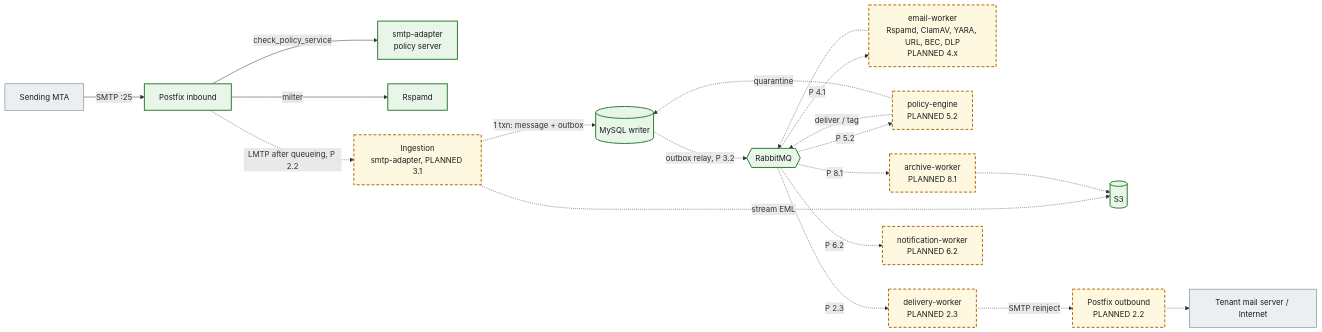
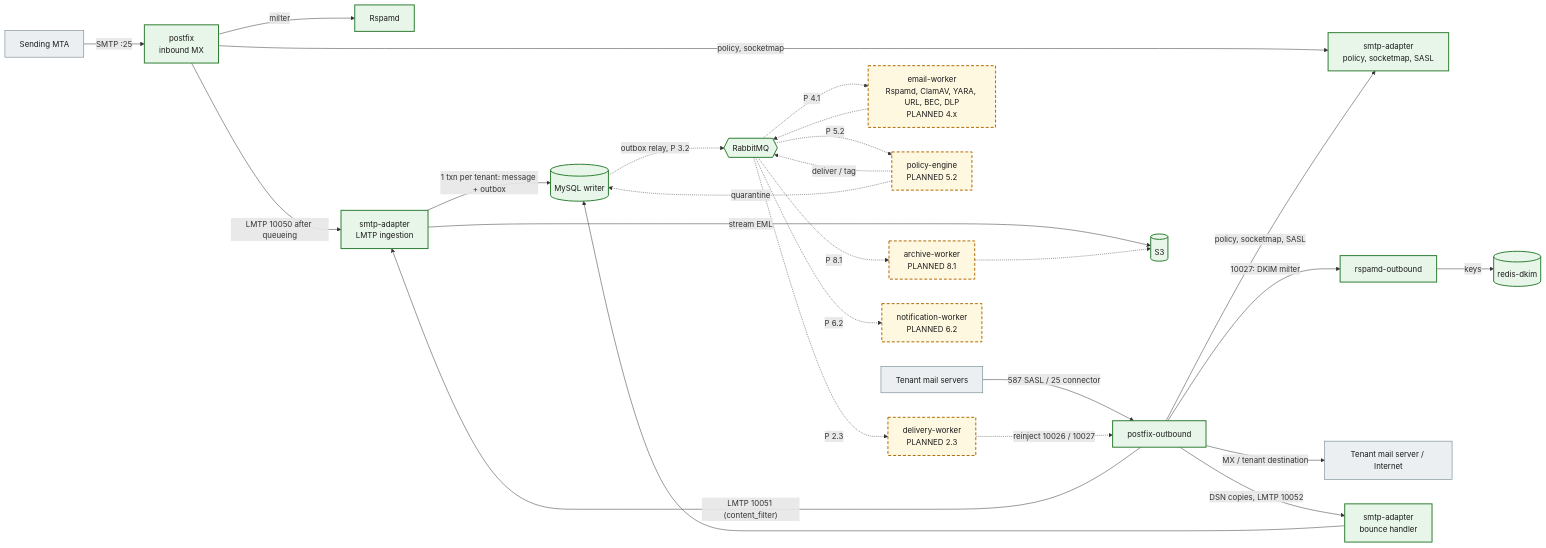
One commit to mnnitsarvesh-ai/email-gateway changed the diagram in docs/architecture/overview.md. Above: the diagram before and after it, drawn with Mermaid. The commit also changed other lines of this file and 282 other files, not shown here.

````diff
--- a/docs/architecture/overview.md
+++ b/docs/architecture/overview.md
@@ -73,25 +73,32 @@
 ```mermaid
 flowchart LR
   classDef impl fill:#e8f5e9,stroke:#2e7d32,stroke-width:2px,color:#1b1b1b
   classDef planned fill:#fff8e1,stroke:#b26a00,stroke-width:2px,stroke-dasharray:6 4,color:#1b1b1b
   classDef ext fill:#eceff1,stroke:#546e7a,stroke-width:1px,color:#1b1b1b
 
-  S["Sending MTA"]:::ext -->|"SMTP :25"| PF["Postfix inbound"]:::impl
-  PF -->|"check_policy_service"| SA["smtp-adapter<br/>policy server"]:::impl
+  S["Sending MTA"]:::ext -->|"SMTP :25"| PF["postfix<br/>inbound MX"]:::impl
+  TS["Tenant mail servers"]:::ext -->|"587 SASL / 25 connector"| PO["postfix-outbound"]:::impl
+  PF -->|"policy, socketmap"| SA["smtp-adapter<br/>policy, socketmap, SASL"]:::impl
+  PO -->|"policy, socketmap, SASL"| SA
   PF -->|"milter"| RS["Rspamd"]:::impl
-  PF -.->|"LMTP after queueing, P 2.2"| ING["Ingestion<br/>smtp-adapter, PLANNED 3.1"]:::planned
-  ING -.->|"stream EML"| S3[("S3")]:::impl
-  ING -.->|"1 txn: message + outbox"| DB[("MySQL writer")]:::impl
+  PF -->|"LMTP 10050 after queueing"| ING["smtp-adapter<br/>LMTP ingestion"]:::impl
+  PO -->|"LMTP 10051 (content_filter)"| ING
+  ING -->|"stream EML"| S3[("S3")]:::impl
+  ING -->|"1 txn per tenant: message + outbox"| DB[("MySQL writer")]:::impl
   DB -.->|"outbox relay, P 3.2"| MQ{{"RabbitMQ"}}:::impl
   MQ -.->|"P 4.1"| EW["email-worker<br/>Rspamd, ClamAV, YARA, URL, BEC, DLP<br/>PLANNED 4.x"]:::planned
   EW -.-> MQ
   MQ -.->|"P 5.2"| PE["policy-engine<br/>PLANNED 5.2"]:::planned
   PE -.->|"deliver / tag"| MQ
   PE -.->|"quarantine"| DB
   MQ -.->|"P 2.3"| DW["delivery-worker<br/>PLANNED 2.3"]:::planned
-  DW -.->|"SMTP reinject"| PO["Postfix outbound<br/>PLANNED 2.2"]:::planned
-  PO -.-> T["Tenant mail server / Internet"]:::ext
+  DW -.->|"reinject 10026 / 10027"| PO
+  PO -->|"10027: DKIM milter"| RO["rspamd-outbound"]:::impl
+  RO -->|"keys"| RD[("redis-dkim")]:::impl
+  PO -->|"MX / tenant destination"| T["Tenant mail server / Internet"]:::ext
+  PO -->|"DSN copies, LMTP 10052"| BH["smtp-adapter<br/>bounce handler"]:::impl
+  BH --> DB
   MQ -.->|"P 8.1"| AW["archive-worker<br/>PLANNED 8.1"]:::planned
   AW -.-> S3
   MQ -.->|"P 6.2"| NW["notification-worker<br/>PLANNED 6.2"]:::planned
 ```
````
